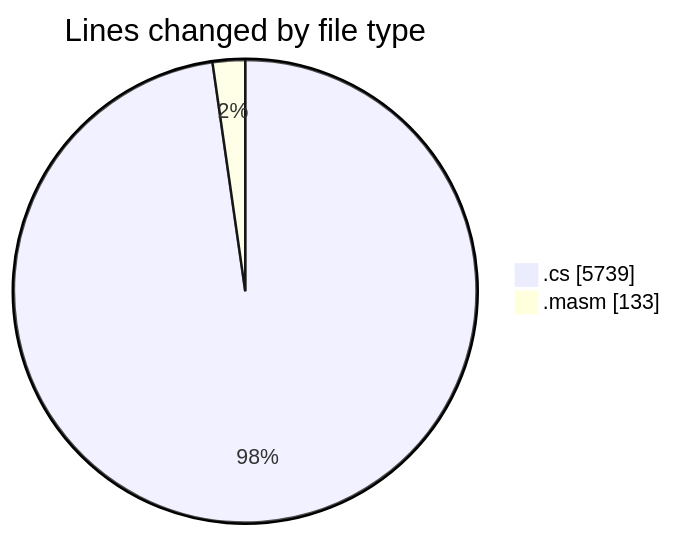
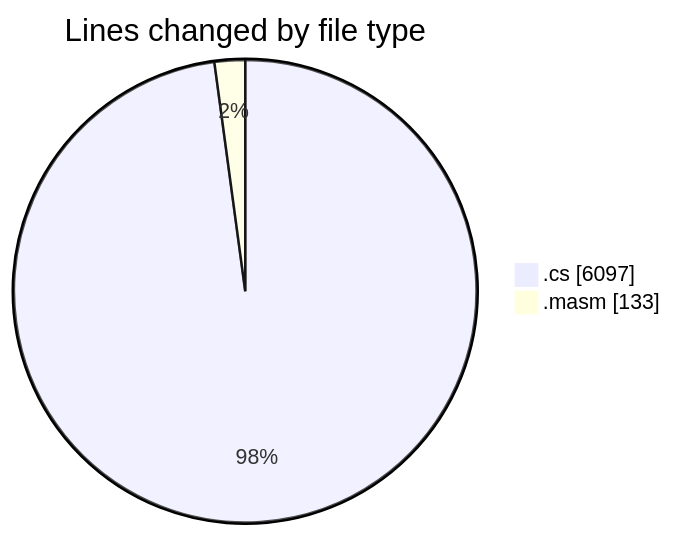
Before and after one commit to charlie-sans/code-tracking: the first of 2 diagrams in 2025-03-17/sharpmasm/README.md, drawn with Mermaid. The commit also changed other lines of this file and 1 other file, not shown here.

````diff
--- a/2025-03-17/sharpmasm/README.md
+++ b/2025-03-17/sharpmasm/README.md
@@ -28,6 +28,6 @@
 ```mermaid
 pie showData
 title Lines changed by file type
-".cs" : 5739
+".cs" : 6097
 ".masm" : 133
 ```
````
